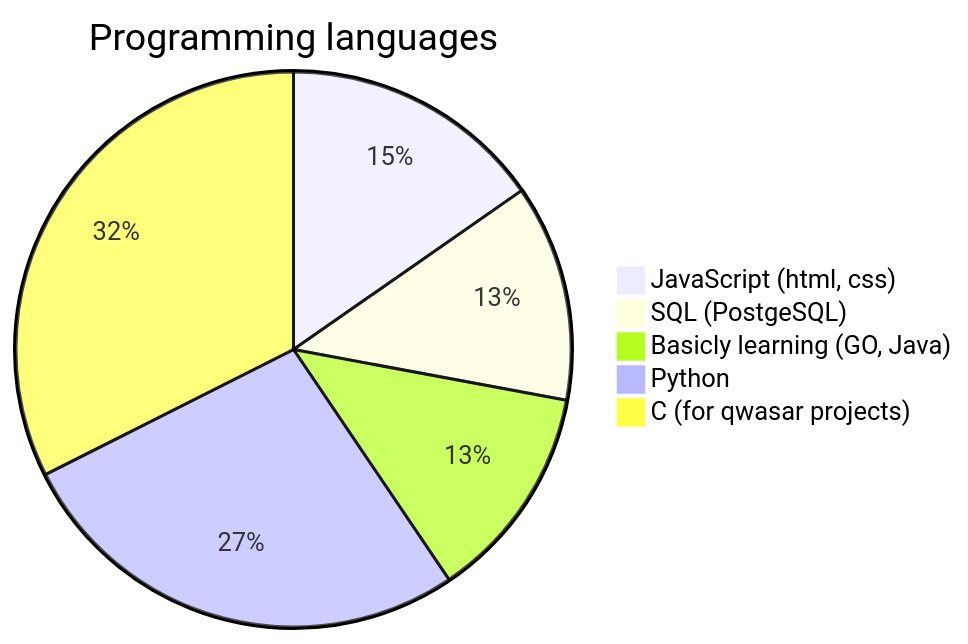
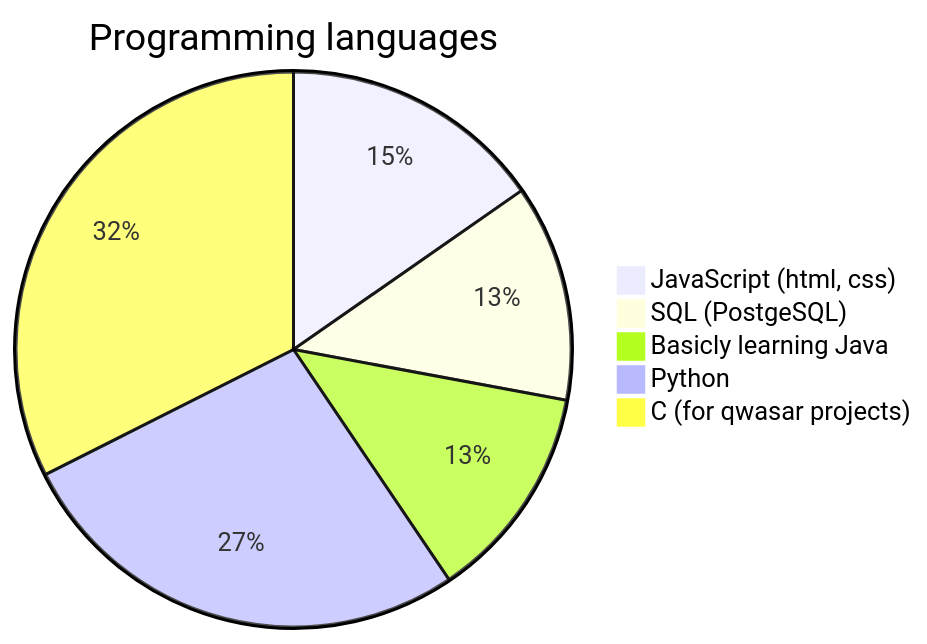
Before and after one commit to holmon-alp/holmon-alp: the diagram in README.md, drawn with Mermaid. The commit also changed other lines of this file, not shown here.

````diff
--- a/README.md
+++ b/README.md
@@ -21,9 +21,9 @@
 ```mermaid
 pie
     title Programming languages
     "JavaScript (html, css)" : 85
     "SQL (PostgeSQL)" : 70
-    "Basicly learning (GO, Java)" : 70
+    "Basicly learning Java" : 70
     "Python" : 150
     "C (for qwasar projects)" : 180
 ```
````
